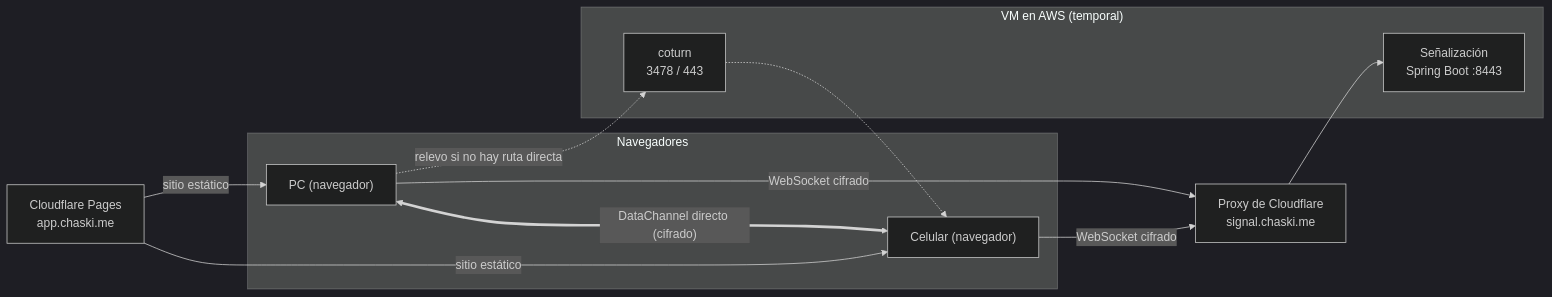
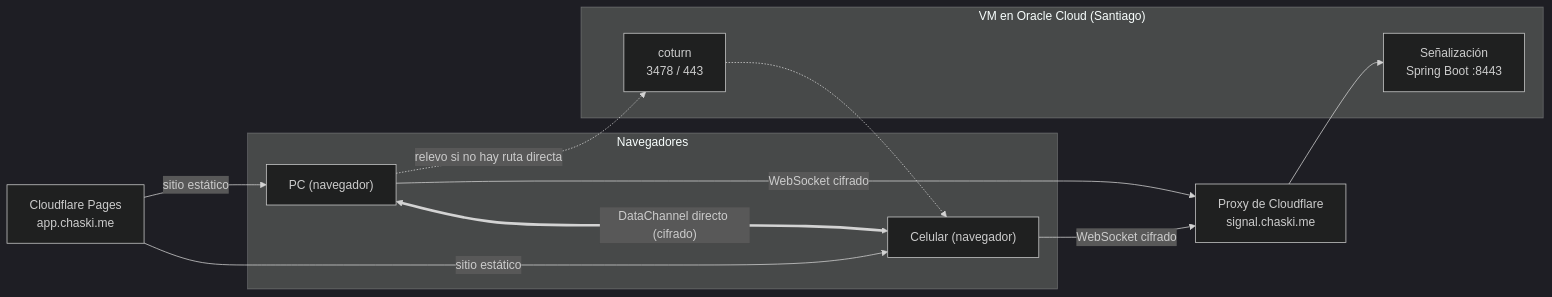
One commit to 1JuanDaniel0/chaski changed the diagram in README.md. Above: the diagram before and after it, drawn with Mermaid (dark theme). The commit also changed other lines of this file and 6 other files, not shown here.

First line of the commit message:
docs: producción ya en Oracle (Santiago) y lo aprendido en la mudanza

````diff
--- a/README.md
+++ b/README.md
@@ -48,22 +48,22 @@
 ```mermaid
 flowchart LR
     subgraph Navegadores
         A["PC (navegador)"]
         B["Celular (navegador)"]
     end
     CFP["Cloudflare Pages<br/>app.chaski.me"]
     CFX["Proxy de Cloudflare<br/>signal.chaski.me"]
-    subgraph VM["VM en AWS (temporal)"]
+    subgraph VM["VM en Oracle Cloud (Santiago)"]
         SIG["Señalización<br/>Spring Boot :8443"]
         TURN["coturn<br/>3478 / 443"]
     end
 
     A <== "DataChannel directo (cifrado)" ==> B
     A -. "relevo si no hay ruta directa" .-> TURN
     TURN -.-> B
     CFP -- "sitio estático" --> A
     CFP -- "sitio estático" --> B
     A -- "WebSocket cifrado" --> CFX
     B -- "WebSocket cifrado" --> CFX
     CFX --> SIG
 ```
````
